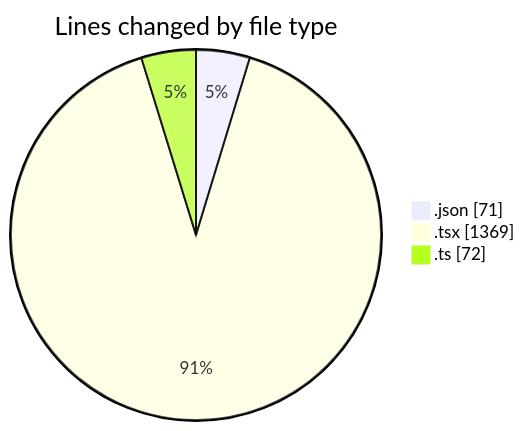
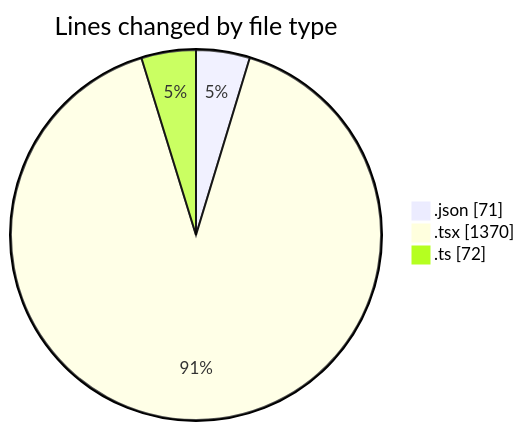
One commit to momahboobian/code-tracking changed the first of 2 diagrams in 2026-01-29/cda/README.md. Above: the diagram before and after it, drawn with Mermaid. The commit also changed other lines of this file and 1 other file, not shown here.

````diff
--- a/2026-01-29/cda/README.md
+++ b/2026-01-29/cda/README.md
@@ -22,7 +22,7 @@
 ```mermaid
 pie showData
 title Lines changed by file type
 ".json" : 71
-".tsx" : 1369
+".tsx" : 1370
 ".ts" : 72
 ```
````
